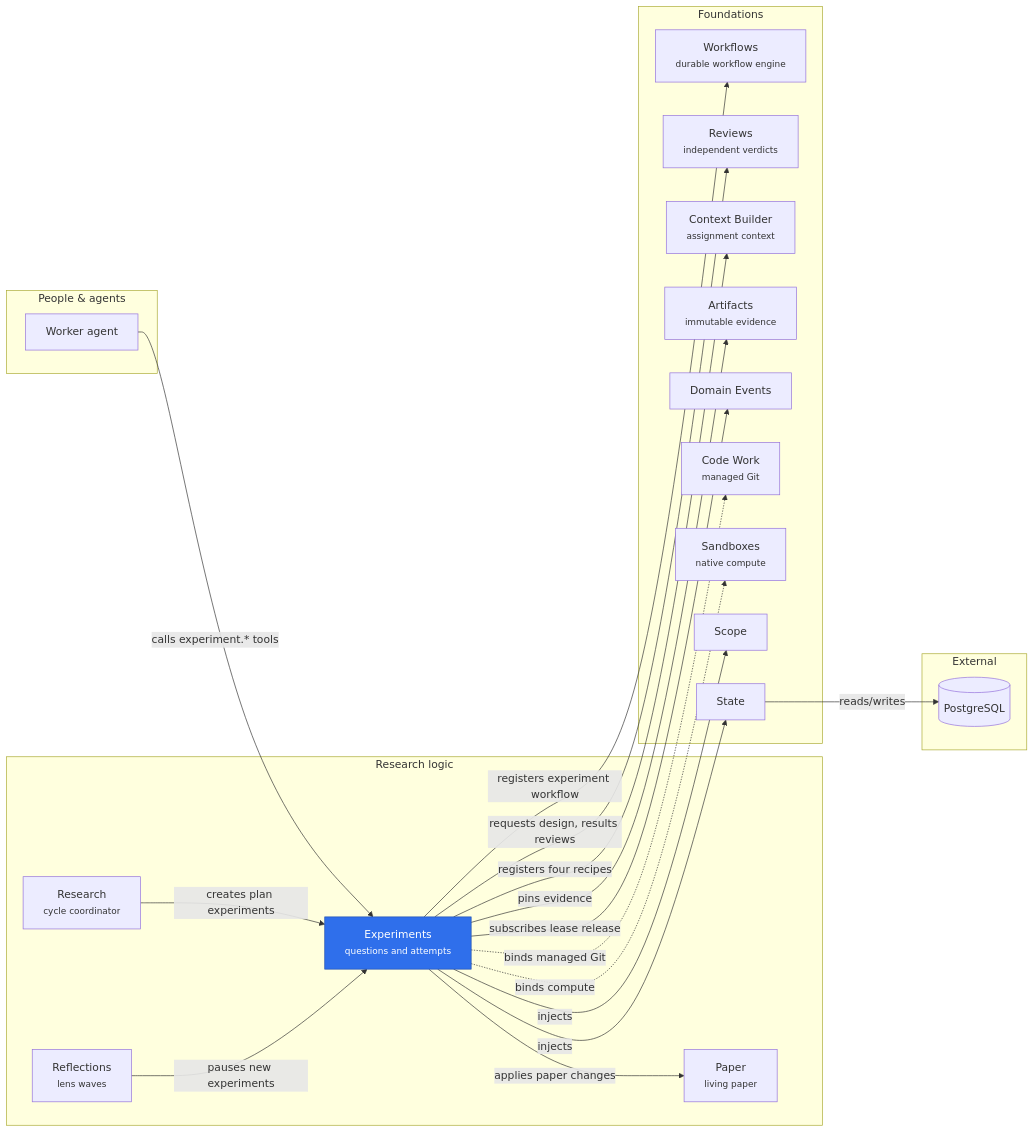
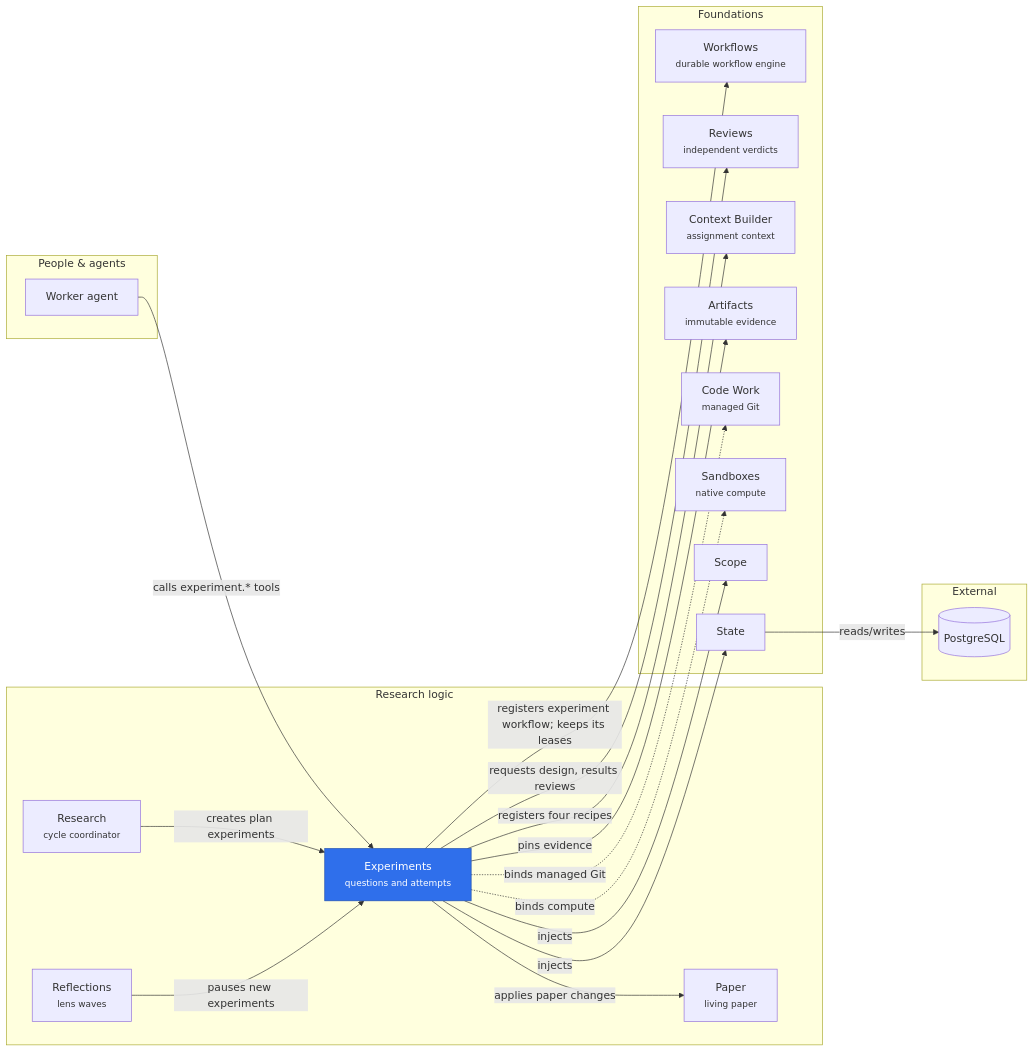
The diagram in merv-typescript/packages/experiments/README.md (rapidreview-io/Merv), drawn with Mermaid before and after one commit. The commit also changed other lines of this file and 37 other files, not shown here.

First line of the commit message:
Keep every leased step's lease in one Workflows table

````diff
--- a/merv-typescript/packages/experiments/README.md
+++ b/merv-typescript/packages/experiments/README.md
@@ -8,42 +8,40 @@
 ```mermaid
 flowchart LR
   subgraph people["People & agents"]
     worker["Worker agent"]
   end
   subgraph logic["Research logic"]
     experiments["Experiments<br/><small>questions and attempts</small>"]
     research["Research<br/><small>cycle coordinator</small>"]
     reflections["Reflections<br/><small>lens waves</small>"]
     paper["Paper<br/><small>living paper</small>"]
   end
   subgraph foundations["Foundations"]
     workflows["Workflows<br/><small>durable workflow engine</small>"]
     reviews["Reviews<br/><small>independent verdicts</small>"]
     contextBuilder["Context Builder<br/><small>assignment context</small>"]
     artifacts["Artifacts<br/><small>immutable evidence</small>"]
-    domainEvents["Domain Events"]
     codeWork["Code Work<br/><small>managed Git</small>"]
     sandboxes["Sandboxes<br/><small>native compute</small>"]
     scope["Scope"]
     state["State"]
   end
   subgraph external["External"]
     postgres[("PostgreSQL")]
   end
   worker -- "calls experiment.* tools" --> experiments
   research -- "creates plan experiments" --> experiments
   reflections -- "pauses new experiments" --> experiments
-  experiments -- "registers experiment workflow" --> workflows
+  experiments -- "registers experiment workflow; keeps its leases" --> workflows
   experiments -- "requests design, results reviews" --> reviews
   experiments -- "registers four recipes" --> contextBuilder
   experiments -- "applies paper changes" --> paper
   experiments -- "pins evidence" --> artifacts
-  experiments -- "subscribes lease release" --> domainEvents
   experiments -. "binds managed Git" .-> codeWork
   experiments -. "binds compute" .-> sandboxes
   experiments -- "injects" --> scope
   experiments -- "injects" --> state
   state -- "reads/writes" --> postgres
   class experiments self
   classDef self fill:#2f6feb,color:#fff,stroke:#1f4fb0
 ```
````
